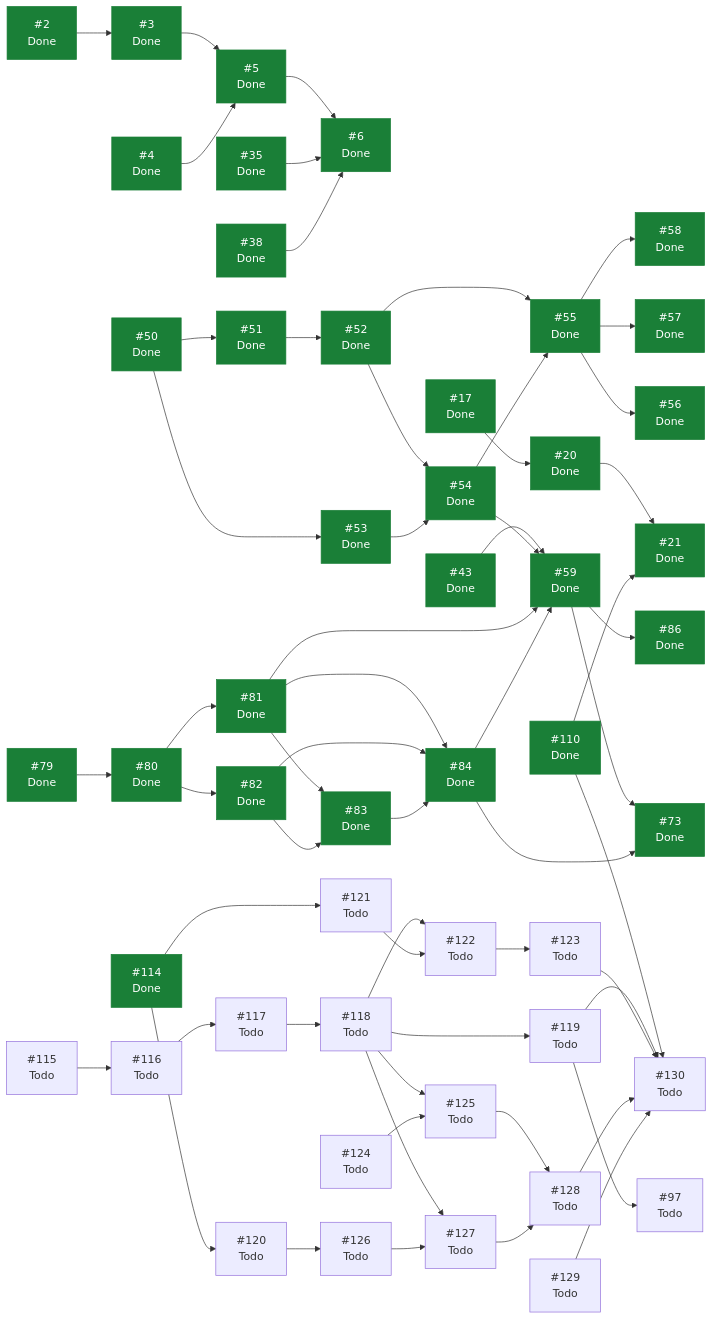
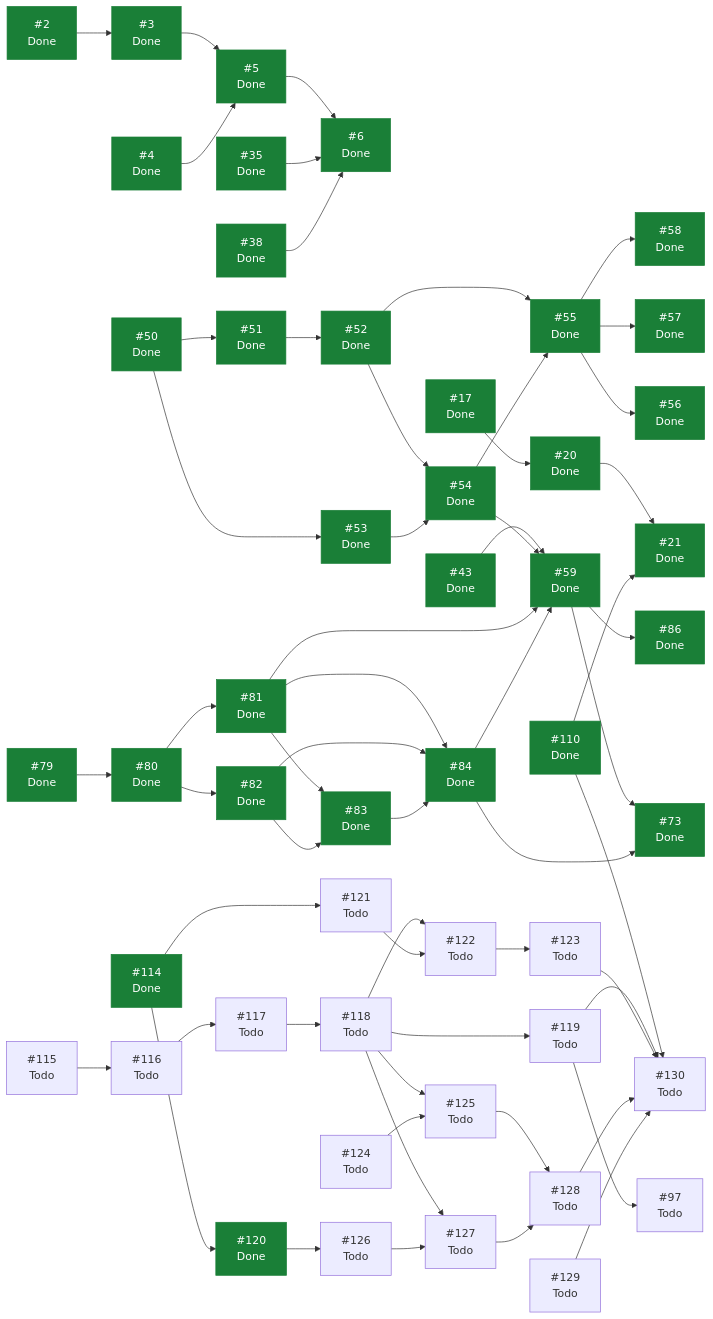
The diagram in docs/planning/STATUS.md (ecamp0s/evault), drawn with Mermaid before and after one commit. The commit also changed other lines of this file, not shown here.

````diff
--- a/docs/planning/STATUS.md
+++ b/docs/planning/STATUS.md
@@ -173,7 +173,7 @@
   I117["#117<br/>Todo"]
   I118["#118<br/>Todo"]
   I119["#119<br/>Todo"]
-  I120["#120<br/>Todo"]
+  I120["#120<br/>Done"]
   I121["#121<br/>Todo"]
   I122["#122<br/>Todo"]
   I123["#123<br/>Todo"]
@@ -241,5 +241,5 @@
   I128 --> I130
   I129 --> I130
   classDef hecho fill:#1a7f37,stroke:#1a7f37,color:#fff;
-  class I2,I3,I4,I5,I6,I17,I20,I21,I35,I38,I43,I50,I51,I52,I53,I54,I55,I56,I57,I58,I59,I73,I79,I80,I81,I82,I83,I84,I86,I110,I114 hecho;
+  class I2,I3,I4,I5,I6,I17,I20,I21,I35,I38,I43,I50,I51,I52,I53,I54,I55,I56,I57,I58,I59,I73,I79,I80,I81,I82,I83,I84,I86,I110,I114,I120 hecho;
 ```
````
